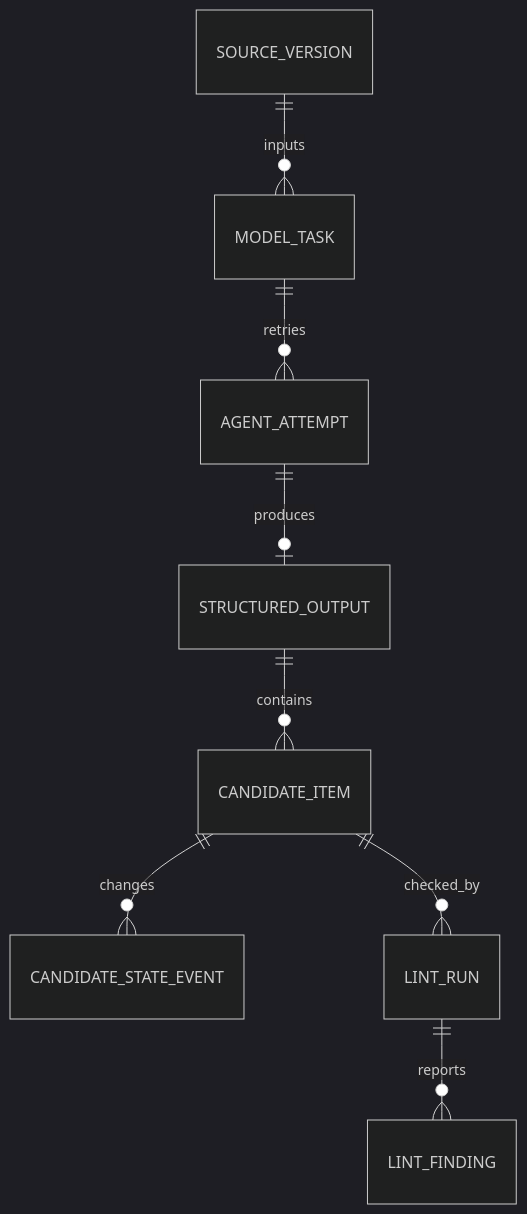
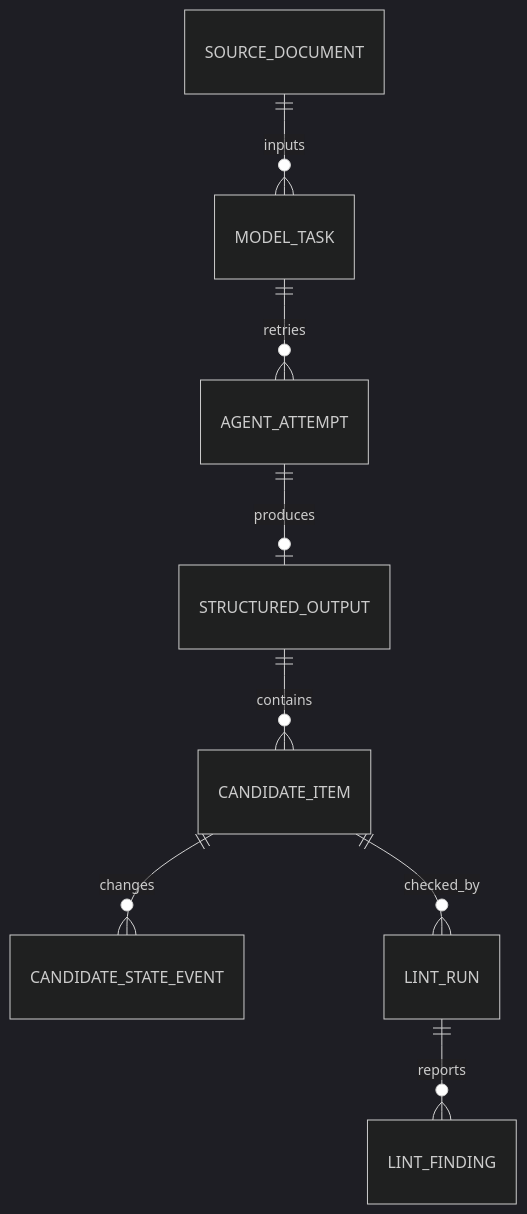
One commit to studylida/ontology-map changed the second of 8 diagrams in logical-data-schema.md. Above: the diagram before and after it, drawn with Mermaid (dark theme). The commit also changed other lines of this file, not shown here.

Commit message:
docs: simplify prepared source model

````diff
--- a/logical-data-schema.md
+++ b/logical-data-schema.md
@@ -131,10 +123,10 @@
 ```mermaid
 erDiagram
-    SOURCE_VERSION ||--o{ MODEL_TASK : inputs
+    SOURCE_DOCUMENT ||--o{ MODEL_TASK : inputs
     MODEL_TASK ||--o{ AGENT_ATTEMPT : retries
     AGENT_ATTEMPT ||--o| STRUCTURED_OUTPUT : produces
     STRUCTURED_OUTPUT ||--o{ CANDIDATE_ITEM : contains
     CANDIDATE_ITEM ||--o{ CANDIDATE_STATE_EVENT : changes
     CANDIDATE_ITEM ||--o{ LINT_RUN : checked_by
     LINT_RUN ||--o{ LINT_FINDING : reports
 ```
````
